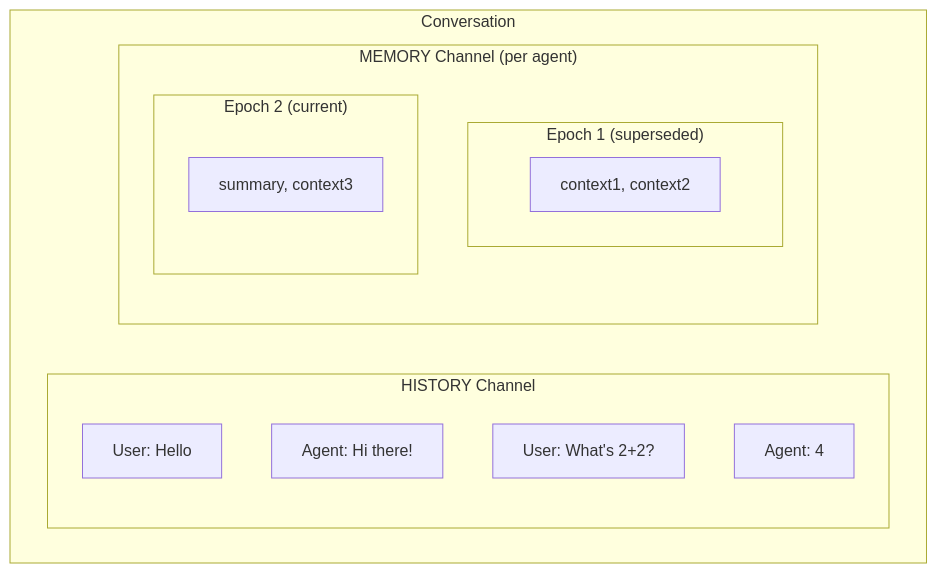
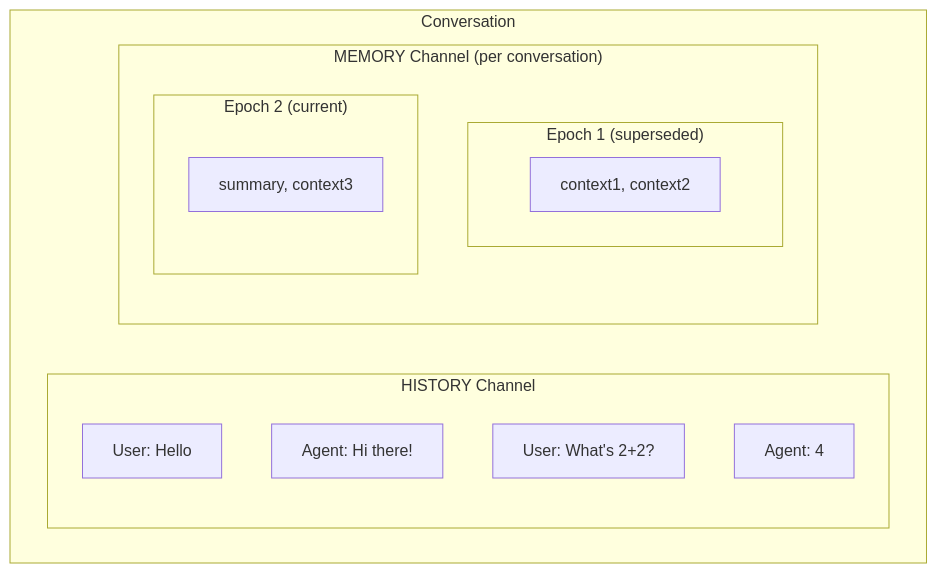
The second of 15 diagrams in docs/entry-data-model.md (chirino/memory-service), drawn with Mermaid before and after one commit. The commit also changed other lines of this file and 44 other files, not shown here.

````diff
--- a/docs/entry-data-model.md
+++ b/docs/entry-data-model.md
@@ -62,19 +62,19 @@
 ```mermaid
 flowchart TB
     subgraph Conversation
         subgraph "HISTORY Channel"
             H1[User: Hello]
             H2[Agent: Hi there!]
             H3[User: What's 2+2?]
             H4[Agent: 4]
         end
-        subgraph "MEMORY Channel (per agent)"
+        subgraph "MEMORY Channel (per conversation)"
             subgraph "Epoch 1 (superseded)"
                 M1[context1, context2]
             end
             subgraph "Epoch 2 (current)"
                 M2[summary, context3]
             end
         end
     end
 ```
````
